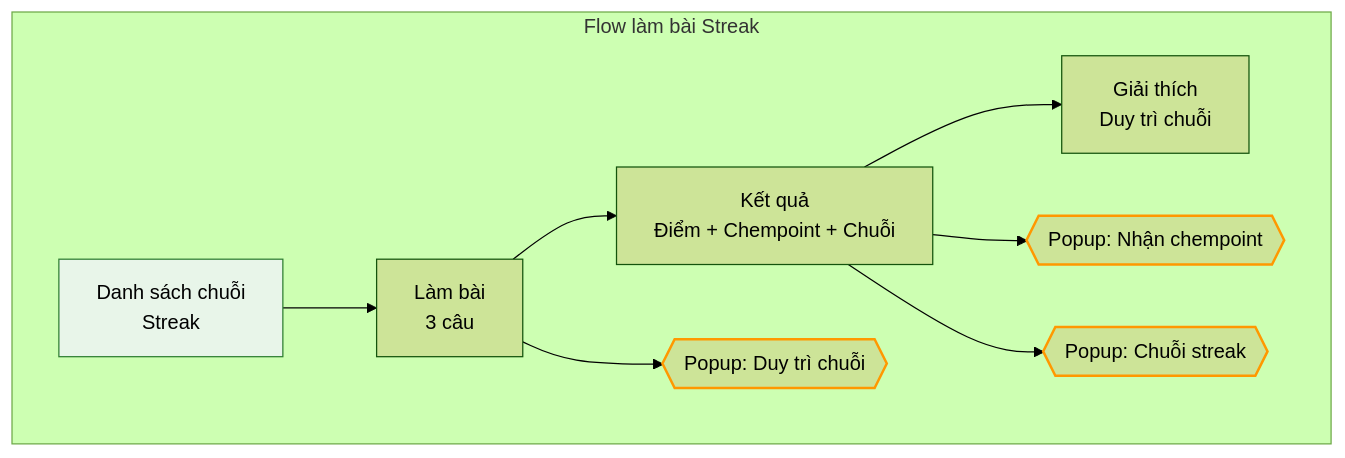
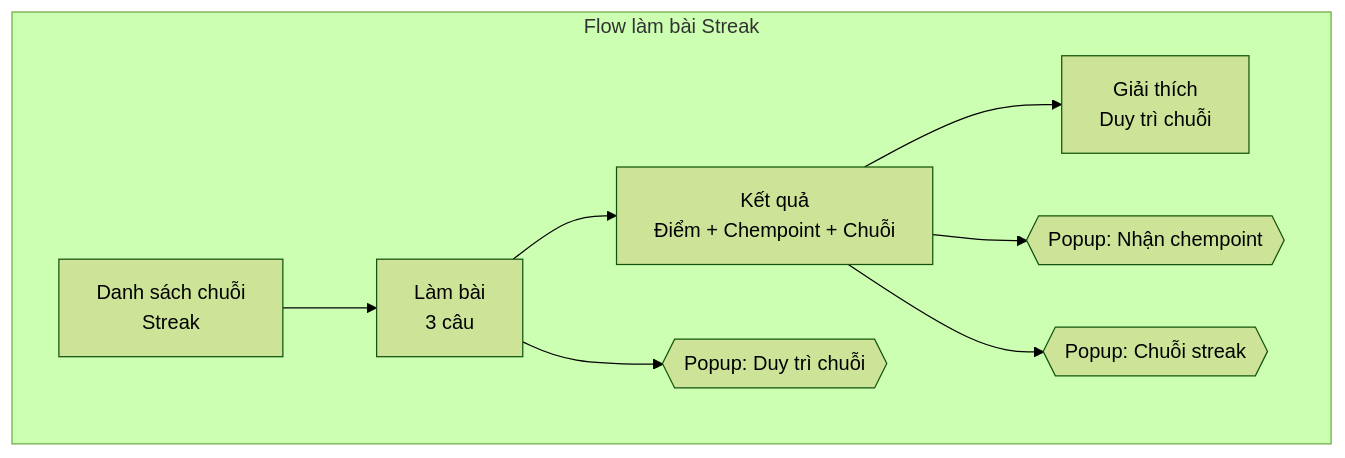
One commit to ongbadayhoa/study changed the first of 5 diagrams in README.md. Above: the diagram before and after it, drawn with Mermaid (forest theme). The commit also changed other lines of this file, not shown here.

````diff
--- a/README.md
+++ b/README.md
@@ -49,13 +49,11 @@
 ```mermaid
 flowchart TD
     subgraph StreakFlow[Flow làm bài Streak]
-        S1[Danh sách chuỗi\nStreak] --> S2[Làm bài\n3 câu]
-        S2 --> S3[Kết quả\nĐiểm + Chempoint + Chuỗi]
-        S3 --> S4[Giải thích\nDuy trì chuỗi]
-        S2 --> SP1{{Popup: Duy trì chuỗi}}:::popup
-        S3 --> SP2{{Popup: Nhận chempoint}}:::popup
-        S3 --> SP3{{Popup: Chuỗi streak}}:::popup
-        style S1 fill:#e8f5e9,stroke:#2e7d32
+        S1[Danh sách chuỗi<br>Streak] --> S2[Làm bài<br>3 câu]
+        S2 --> S3[Kết quả<br>Điểm + Chempoint + Chuỗi]
+        S3 --> S4[Giải thích<br>Duy trì chuỗi]
+        S2 --> SP1{{Popup: Duy trì chuỗi}}
+        S3 --> SP2{{Popup: Nhận chempoint}}
+        S3 --> SP3{{Popup: Chuỗi streak}}
     end
-    classDef popup stroke:#ff9800,stroke-width:2px;
 ```
````
